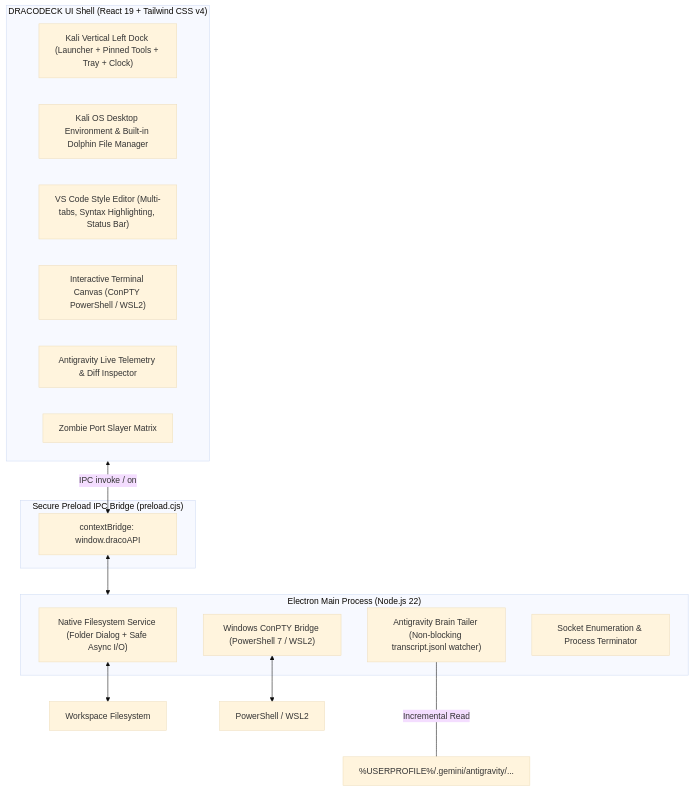
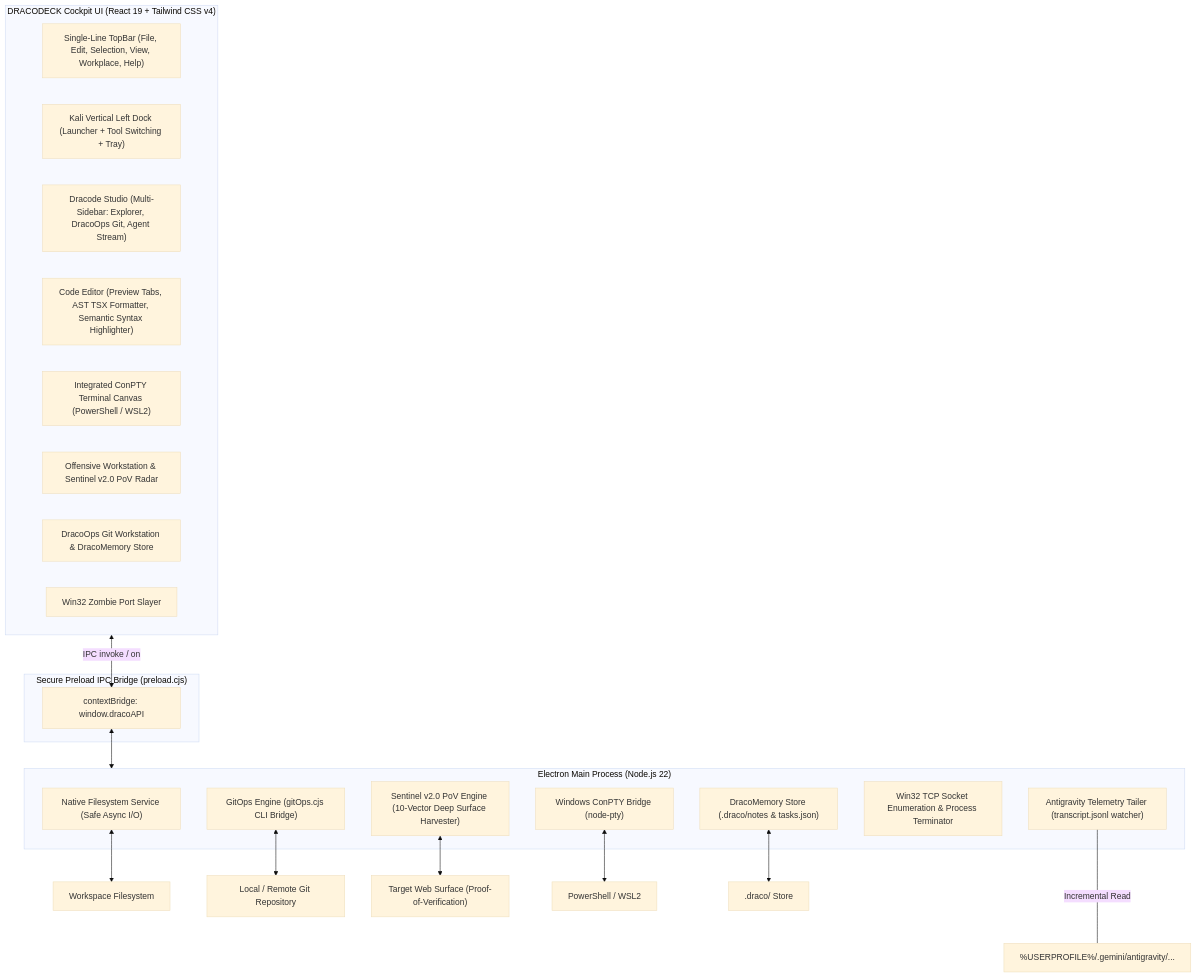
One commit to elrazaq/dracodeck changed the diagram in README.md. Above: the diagram before and after it, drawn with Mermaid (base theme). The commit also changed other lines of this file, not shown here.

Commit message:
feat: update README with Dracode studio, Sentinel v2 PoV engine, and DracoOps Git

````diff
--- a/README.md
+++ b/README.md
@@ -34,27 +34,35 @@
 ```mermaid
 flowchart TD
-    subgraph UI_Renderer ["DRACODECK UI Shell (React 19 + Tailwind CSS v4)"]
-        LeftDock["Kali Vertical Left Dock (Launcher + Pinned Tools + Tray + Clock)"]
-        DesktopSpace["Kali OS Desktop Environment & Built-in Dolphin File Manager"]
-        EditorArea["VS Code Style Editor (Multi-tabs, Syntax Highlighting, Status Bar)"]
-        TerminalPanel["Interactive Terminal Canvas (ConPTY PowerShell / WSL2)"]
-        TelemetryPanel["Antigravity Live Telemetry & Diff Inspector"]
-        PortMatrix["Zombie Port Slayer Matrix"]
+    subgraph UI_Renderer ["DRACODECK Cockpit UI (React 19 + Tailwind CSS v4)"]
+        TopBar["Single-Line TopBar (File, Edit, Selection, View, Workplace, Help)"]
+        LeftDock["Kali Vertical Left Dock (Launcher + Tool Switching + Tray)"]
+        DracodeStudio["Dracode Studio (Multi-Sidebar: Explorer, DracoOps Git, Agent Stream)"]
+        EditorArea["Code Editor (Preview Tabs, AST TSX Formatter, Semantic Syntax Highlighter)"]
+        TerminalPanel["Integrated ConPTY Terminal Canvas (PowerShell / WSL2)"]
+        OffensiveSuite["Offensive Workstation & Sentinel v2.0 PoV Radar"]
+        GitOpsPanel["DracoOps Git Workstation & DracoMemory Store"]
+        PortSlayer["Win32 Zombie Port Slayer"]
     end
 
     subgraph Core_Bridge ["Secure Preload IPC Bridge (preload.cjs)"]
         ContextAPI["contextBridge: window.dracoAPI"]
     end
 
     subgraph Main_Engine ["Electron Main Process (Node.js 22)"]
-        FsService["Native Filesystem Service (Folder Dialog + Safe Async I/O)"]
-        PTYBridge["Windows ConPTY Bridge (PowerShell 7 / WSL2)"]
-        LogTailer["Antigravity Brain Tailer (Non-blocking transcript.jsonl watcher)"]
-        PortKiller["Socket Enumeration & Process Terminator"]
+        FsService["Native Filesystem Service (Safe Async I/O)"]
+        GitService["GitOps Engine (gitOps.cjs CLI Bridge)"]
+        SentinelEngine["Sentinel v2.0 PoV Engine (10-Vector Deep Surface Harvester)"]
+        PTYBridge["Windows ConPTY Bridge (node-pty)"]
+        TailerService["Antigravity Telemetry Tailer (transcript.jsonl watcher)"]
+        PortKiller["Win32 TCP Socket Enumeration & Process Terminator"]
+        MemoryStore["DracoMemory Store (.draco/notes & tasks.json)"]
     end
 
     UI_Renderer <-->|IPC invoke / on| ContextAPI <--> Main_Engine
     FsService <--> LocalDisk["Workspace Filesystem"]
+    GitService <--> GitRepo["Local / Remote Git Repository"]
+    SentinelEngine <--> TargetHost["Target Web Surface (Proof-of-Verification)"]
     PTYBridge <--> LocalShell["PowerShell / WSL2"]
-    LogTailer <---|Incremental Read| BrainLogs["%USERPROFILE%/.gemini/antigravity/..."]
+    TailerService <---|Incremental Read| BrainLogs["%USERPROFILE%/.gemini/antigravity/..."]
+    MemoryStore <--> DracoStore[".draco/ Store"]
 ```
````
